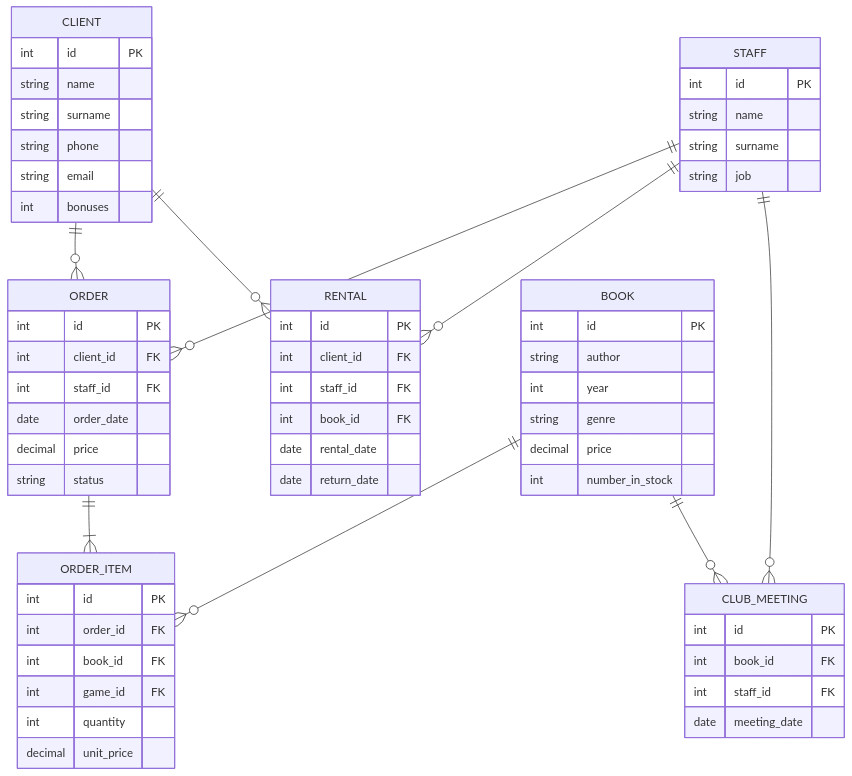
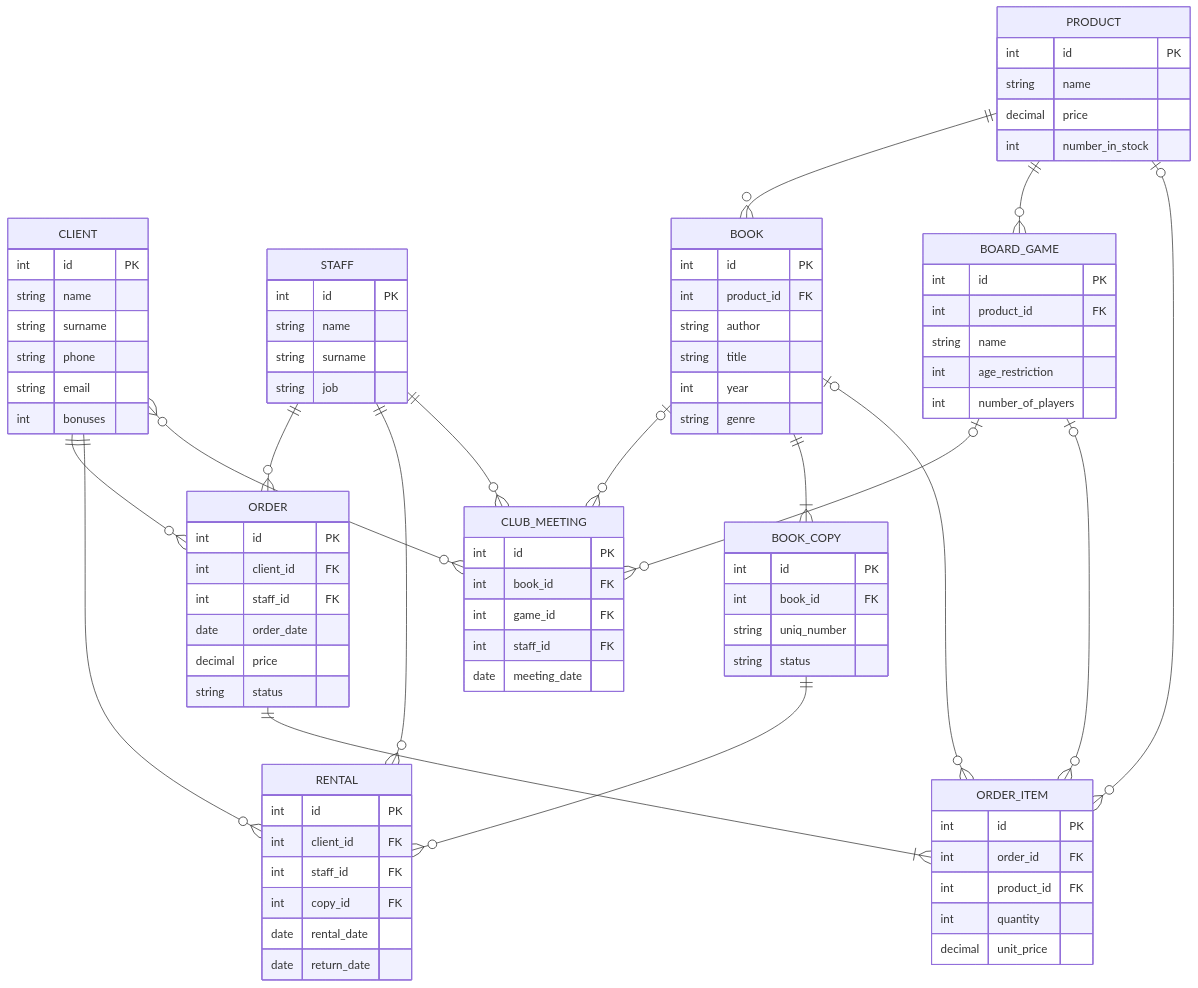
One commit to sofiakiosova37-boop/bookshop_kpi2 changed the diagram in task1/ERdiagram.mmd. Above: the diagram before and after it, drawn with Mermaid. The commit also changed other lines of this file and 2 other files, not shown here.

Commit message:
Last review, trial to return to idea with board games by creatung entity product, defense addition

```diff
--- a/task1/ERdiagram.mmd
+++ b/task1/ERdiagram.mmd
@@ -1,68 +1,99 @@
 erDiagram
 CLIENT ||--o{ ORDER : ""
 CLIENT ||--o{ RENTAL : ""
 STAFF ||--o{ ORDER : ""
 STAFF||--o{ RENTAL : ""
 STAFF ||--o{ CLUB_MEETING : ""
+CLIENT }o--o{ CLUB_MEETING: ""
+BOOK |o--o{ CLUB_MEETING: ""
+BOARD_GAME |o--o{ CLUB_MEETING: ""
 ORDER ||--|{ ORDER_ITEM : ""
-BOOK ||--o{ ORDER_ITEM : ""
-BOOK ||--o{ CLUB_MEETING : ""
+BOOK_COPY ||--o{ RENTAL : ""
+BOOK ||--|{ BOOK_COPY: ""
+BOOK |o--o{ ORDER_ITEM : ""
+BOARD_GAME |o--o{ ORDER_ITEM: ""
+PRODUCT ||--o{BOOK: ""
+PRODUCT ||--o{BOARD_GAME: ""
+PRODUCT |o--o{ORDER_ITEM: ""
 
 STAFF {
     int id PK
     string name
     string surname
     string job
 }
 
 CLIENT {
     int id PK
     string name
     string surname
     string phone
     string email
     int bonuses
 }
 
 BOOK {
     int id PK
+    int product_id FK
     string author
+    string title
     int year
     string genre
+}
+
+BOARD_GAME {
+    int id PK
+    int product_id FK
+    string name
+    int age_restriction
+    int number_of_players
+}
+
+PRODUCT {
+    int id PK
+    string name
     decimal price
     int number_in_stock
+}
+
+
+BOOK_COPY {
+    int id PK
+    int book_id FK
+    string uniq_number
+    string status
 }
 
 ORDER {
     int id PK
     int client_id FK
     int staff_id FK
     date order_date 
     decimal price
     string status
 }
 
 RENTAL {
     int id PK
     int client_id FK 
     int staff_id FK 
-    int book_id FK
+    int copy_id FK
     date rental_date
     date return_date
 }
 
 CLUB_MEETING {
     int id PK
     int book_id FK
+    int game_id FK
     int staff_id FK
     date meeting_date
 }
 
 ORDER_ITEM {
     int id PK
     int order_id FK
-    int book_id FK
-    int game_id FK
+    int product_id FK
     int quantity
     decimal unit_price
 }
```
